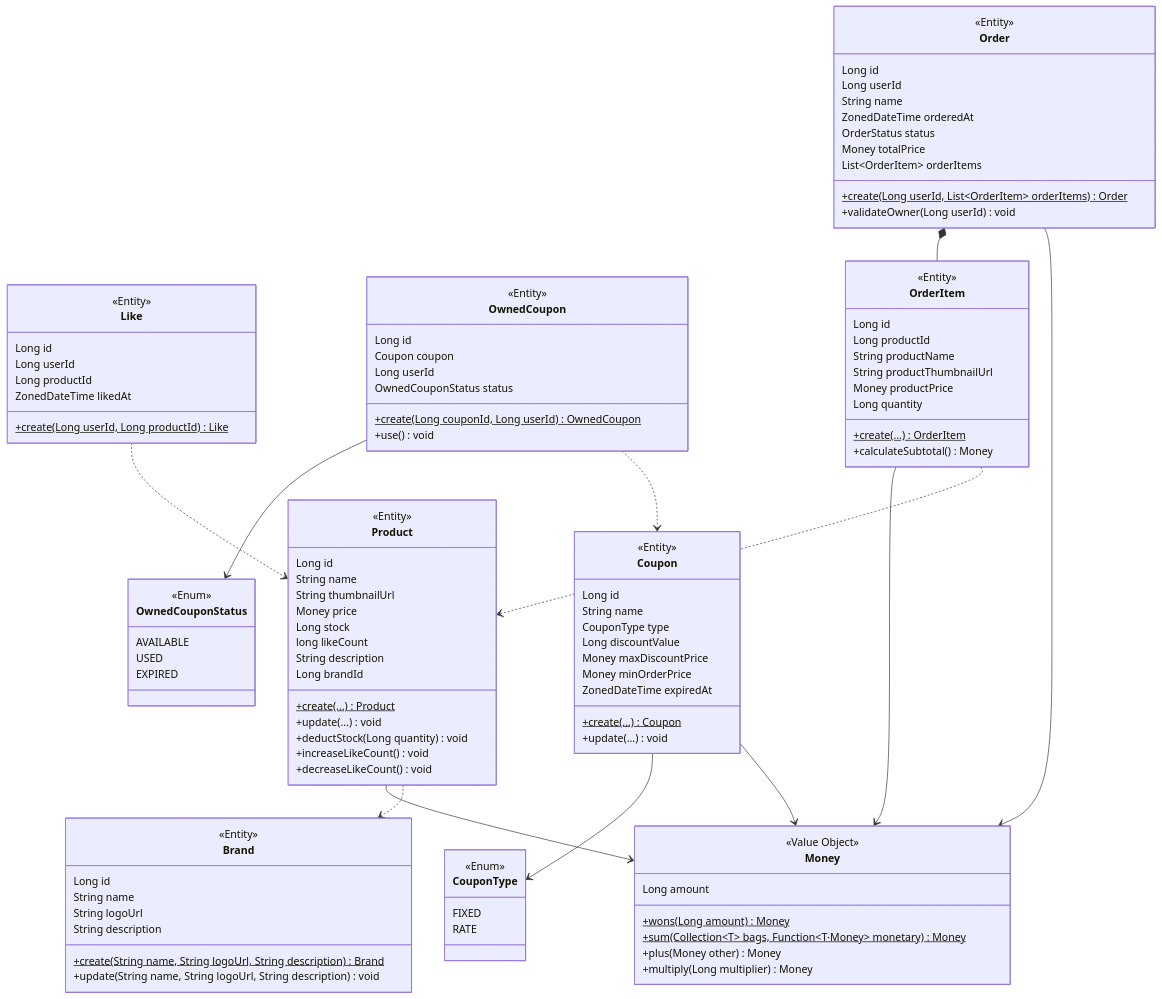
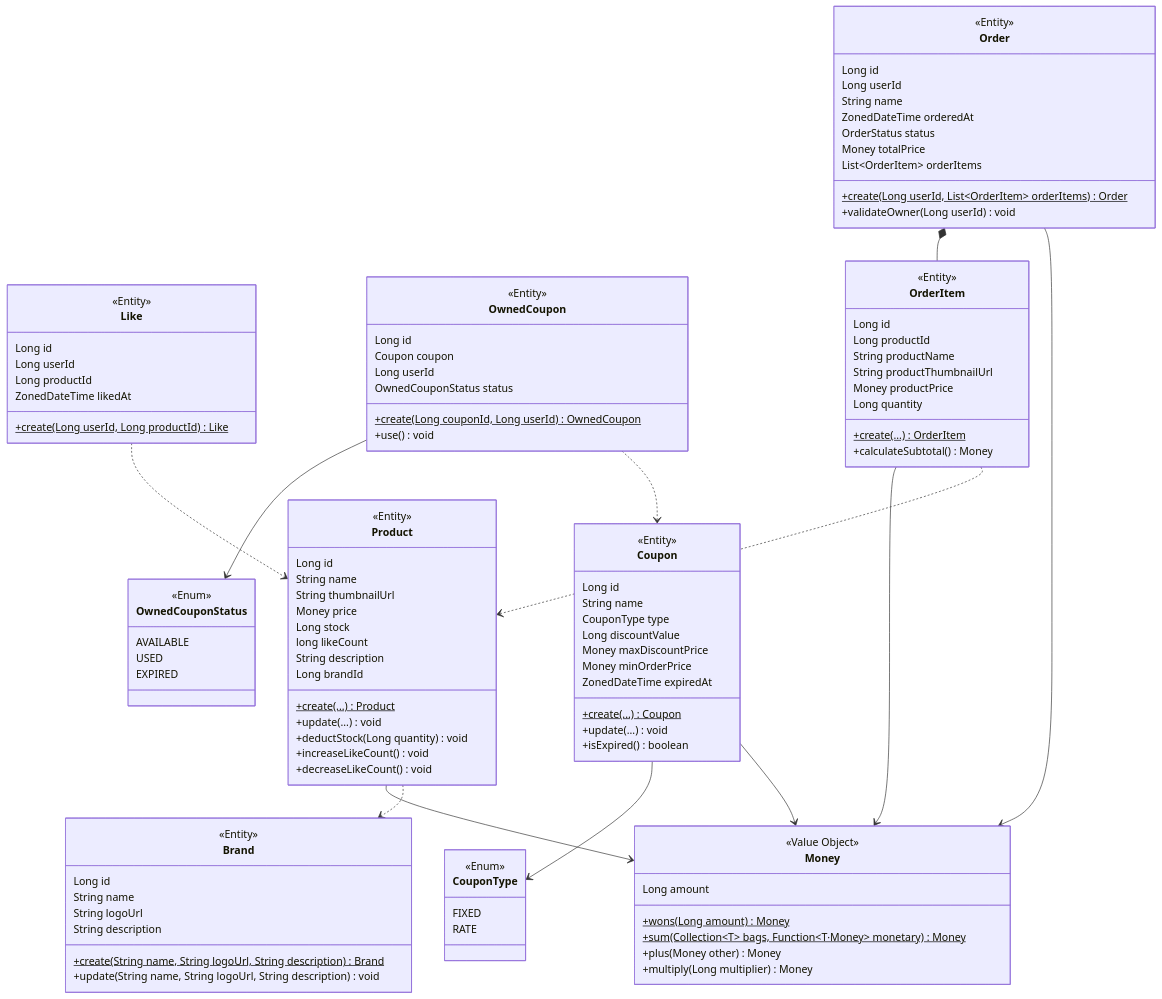
The diagram in .docs/design/03-class-diagram.md (Loopers-dev-lab/loop-pack-be-l2-vol3-java), drawn with Mermaid before and after one commit. The commit also changed 21 other files, not shown here.

```diff
--- a/.docs/design/03-class-diagram.md
+++ b/.docs/design/03-class-diagram.md
@@ -98,6 +98,7 @@
         ZonedDateTime expiredAt
         +create(...)$ Coupon
         +update(...) void
+        +isExpired() boolean
     }
 
     class CouponType {
```
